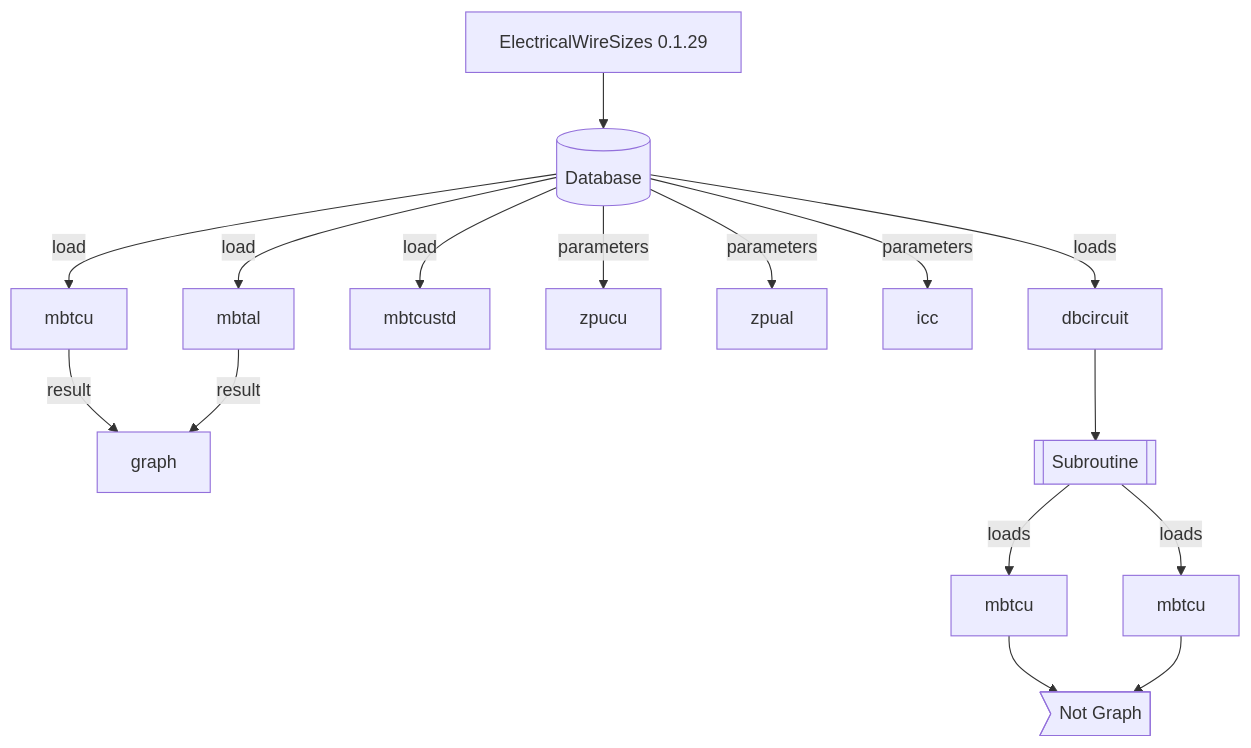
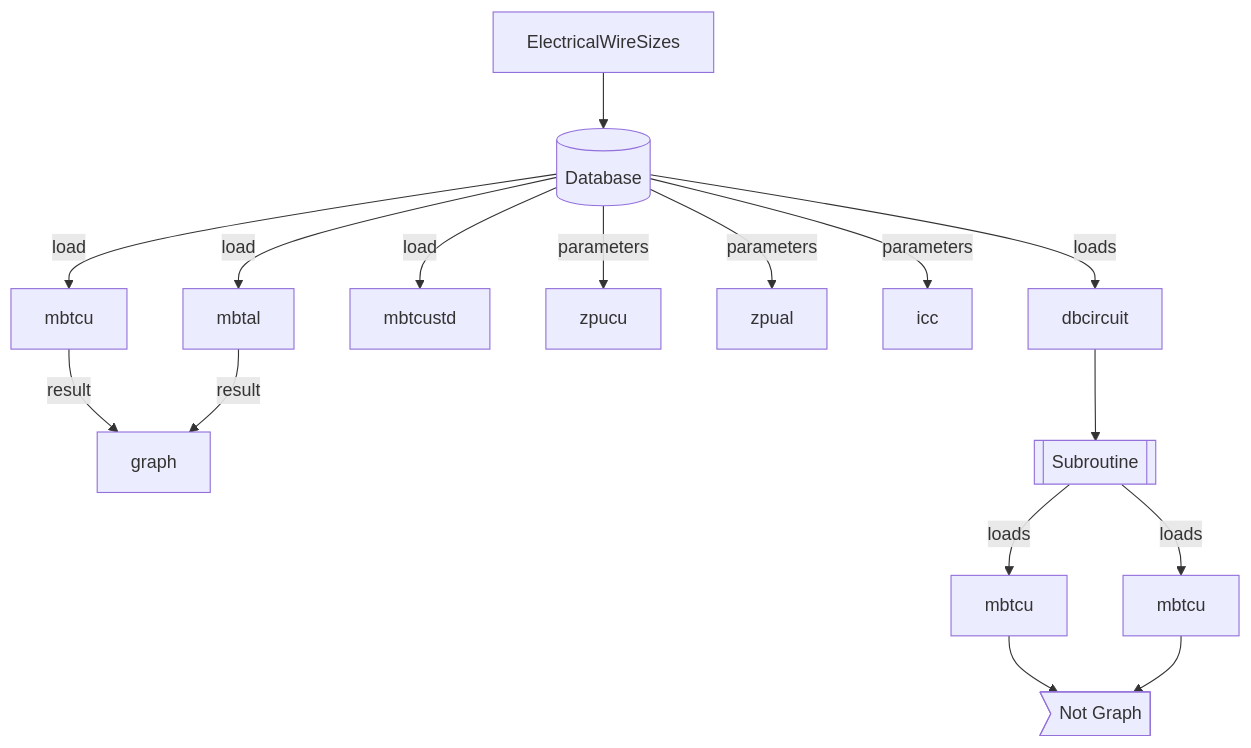
Before and after one commit to jacometoss/PyEWS: the diagram in README.md, drawn with Mermaid. The commit also changed other lines of this file, not shown here.

````diff
--- a/README.md
+++ b/README.md
@@ -158,16 +160,17 @@
 ```mermaid
+
 graph TD
 
-B[ElectricalWireSizes 0.1.29]-->db[(Database)]
+B[ElectricalWireSizes]-->db[(Database)]
 	db -->|load| A[mbtcu]-->|result| I[graph]
     db -->|load| C[mbtal]-->|result| I[graph]	
     db -->|load| D[mbtcustd]
     db -->|parameters| E[zpucu]
     db -->|parameters| F[zpual]
     db -->|parameters| J[icc]
     db -->|loads| G[dbcircuit] --> H[[Subroutine]]
     H -->|loads| k[mbtcu]--> id1>Not Graph]
     H -->|loads| l[mbtcu]--> id1>Not Graph]
     
 
 ```
````
